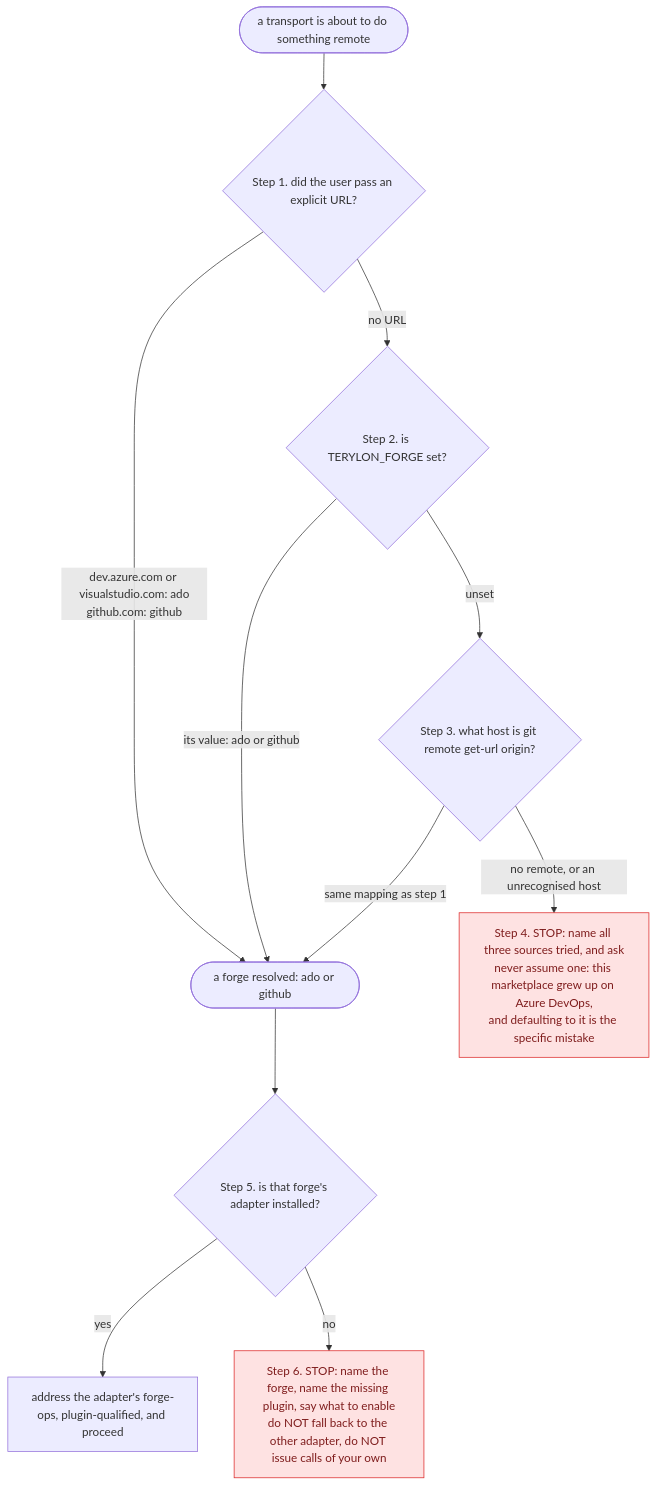
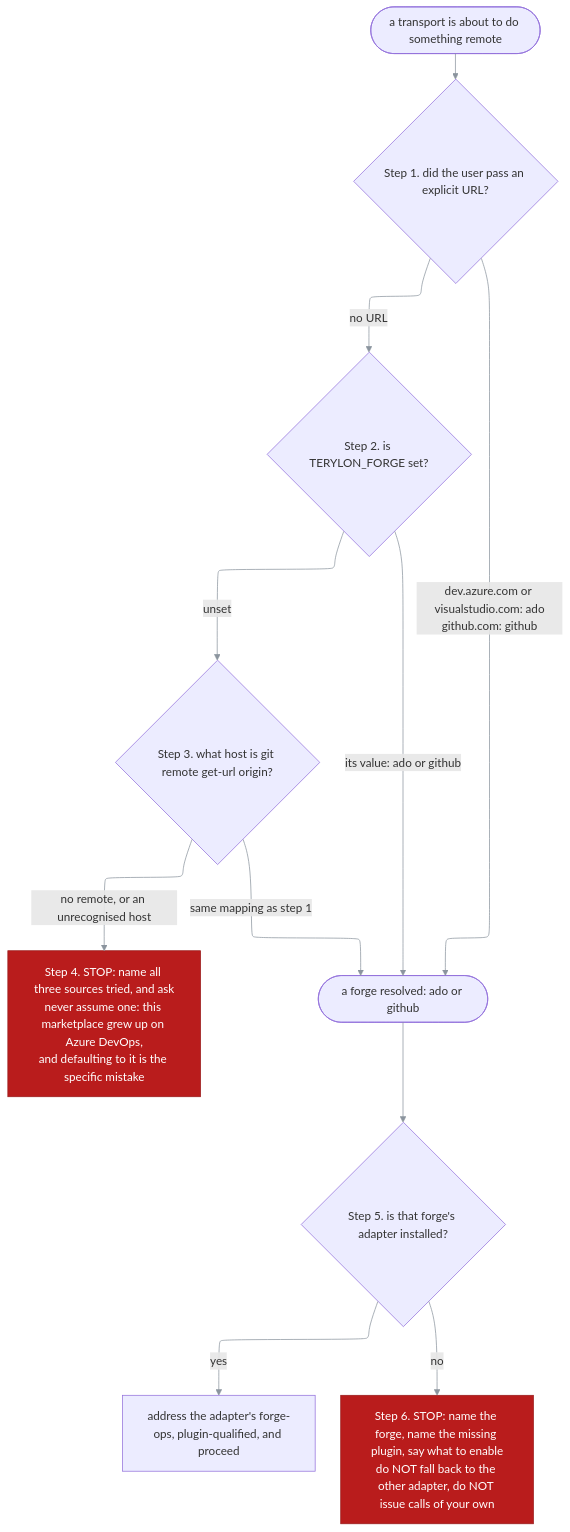
The diagram in docs/flows/forge-resolution.md (janecekvit/terylon-marketplace), drawn with Mermaid before and after one commit. The commit also changed 17 other files, not shown here.

First line of the commit message:
Draw the architecture in Mermaid (ELK) instead of D2 (#37)

````diff
--- a/docs/flows/forge-resolution.md
+++ b/docs/flows/forge-resolution.md
@@ -9,26 +9,38 @@
 ```mermaid
+---
+config:
+  layout: elk
+  flowchart:
+    padding: 16
+---
 flowchart TD
     remote(["a transport is about to do something remote"])
     explicitUrl{"Step 1. did the user pass an explicit URL?"}
     forgeVariable{"Step 2. is TERYLON_FORGE set?"}
     gitRemote{"Step 3. what host is git remote get-url origin?"}
-    stopUnresolved["Step 4. STOP: name all three sources tried, and ask<br/>never assume one: this marketplace grew up on Azure DevOps,<br/>and defaulting to it is the specific mistake"]
+    stopUnresolved["`Step 4. STOP: name all three sources tried, and ask
+never assume one: this marketplace grew up on Azure DevOps,
+and defaulting to it is the specific mistake`"]
     resolved(["a forge resolved: ado or github"])
     adapterInstalled{"Step 5. is that forge's adapter installed?"}
     proceed["address the adapter's forge-ops, plugin-qualified, and proceed"]
-    stopNoAdapter["Step 6. STOP: name the forge, name the missing plugin, say what to enable<br/>do NOT fall back to the other adapter, do NOT issue calls of your own"]
+    stopNoAdapter["`Step 6. STOP: name the forge, name the missing plugin, say what to enable
+do NOT fall back to the other adapter, do NOT issue calls of your own`"]
 
     remote --> explicitUrl
-    explicitUrl -- "dev.azure.com or visualstudio.com: ado<br/>github.com: github" --> resolved
+    explicitUrl -- "`dev.azure.com or visualstudio.com: ado
+github.com: github`" --> resolved
     explicitUrl -- "no URL" --> forgeVariable
     forgeVariable -- "its value: ado or github" --> resolved
     forgeVariable -- "unset" --> gitRemote
     gitRemote -- "same mapping as step 1" --> resolved
     gitRemote -- "no remote, or an unrecognised host" --> stopUnresolved
     resolved --> adapterInstalled
     adapterInstalled -- "yes" --> proceed
     adapterInstalled -- "no" --> stopNoAdapter
 
-    classDef stop fill:#FEE2E2,stroke:#DC2626,color:#7F1D1D
+    %% The stop takes the palette's red, as in the forge port's drawing; every other node keeps the theme's colours.
+    classDef stop fill:#B91C1C,stroke:#991B1B,color:#FFFFFF
     class stopUnresolved,stopNoAdapter stop
+    linkStyle default stroke:#8B949E
 ```
````
